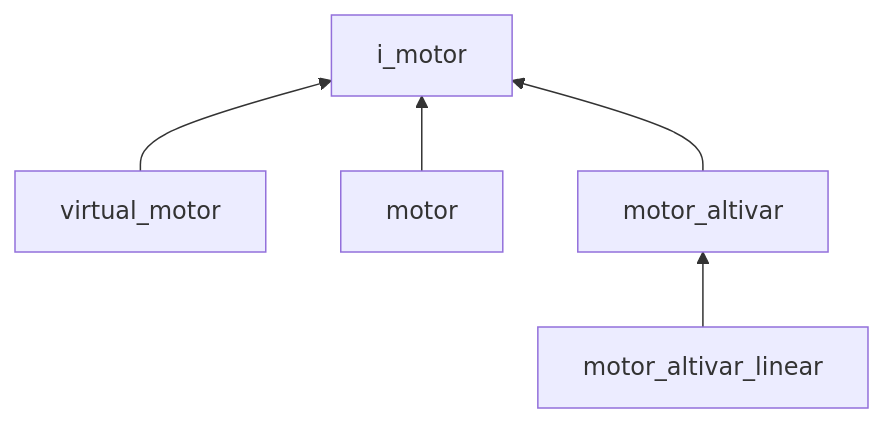
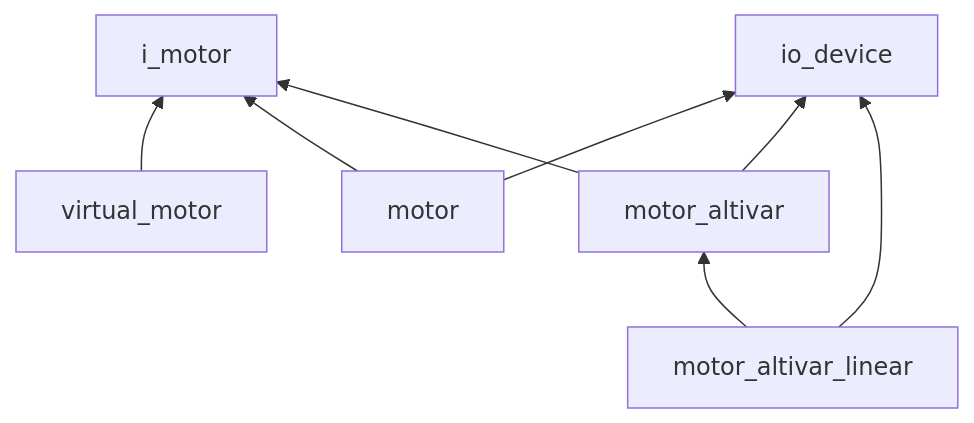
One commit to savushkin-r-d/ptusa_main changed the ninth of 11 diagrams in docs/class_scheme/readme.md. Above: the diagram before and after it, drawn with Mermaid.

Commit message:
[review] Fixes diagram

````diff
--- a/docs/class_scheme/readme.md
+++ b/docs/class_scheme/readme.md
@@ -139,7 +139,10 @@
 ```mermaid
 flowchart BT
     virtual_motor[virtual_motor] --> i_motor[i_motor]
     motor[motor] --> i_motor
     motor_altivar[motor_altivar] --> i_motor
     motor_altivar_linear[motor_altivar_linear] --> motor_altivar
+    motor --> io_device[io_device]
+    motor_altivar --> io_device
+    motor_altivar_linear --> io_device
 ```
````
